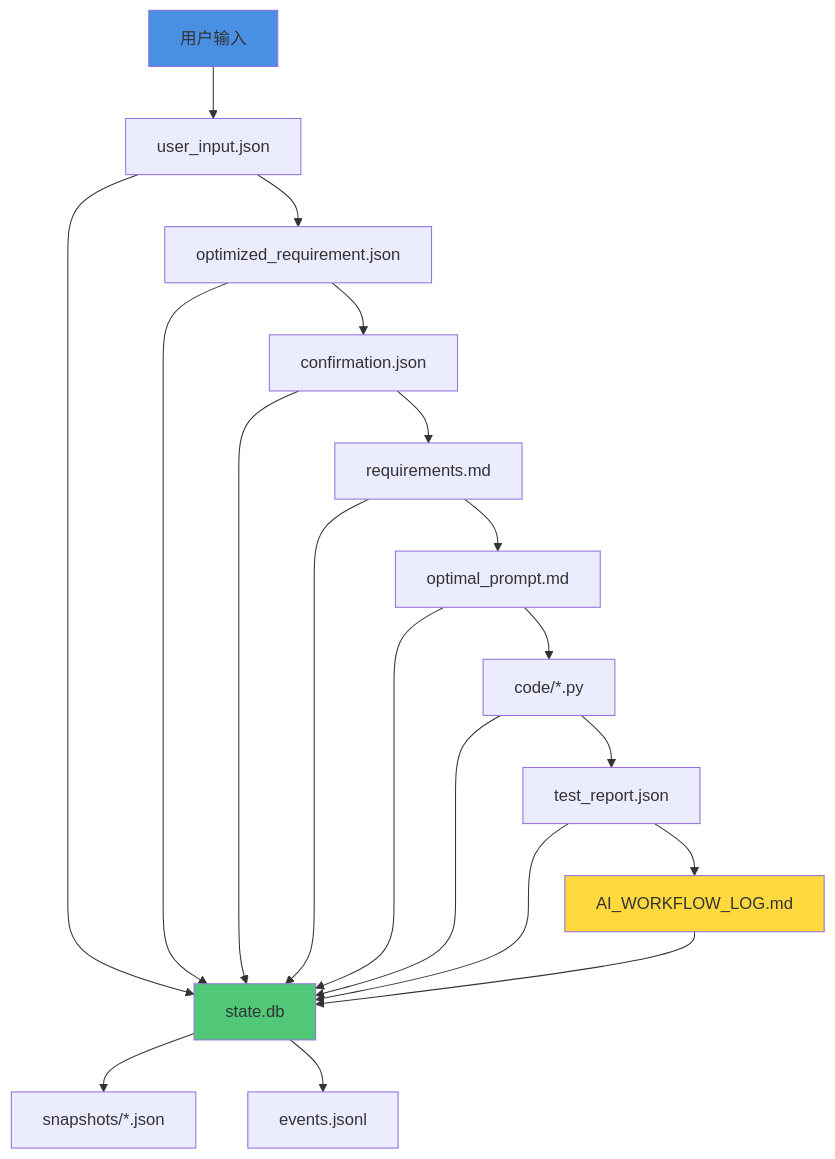
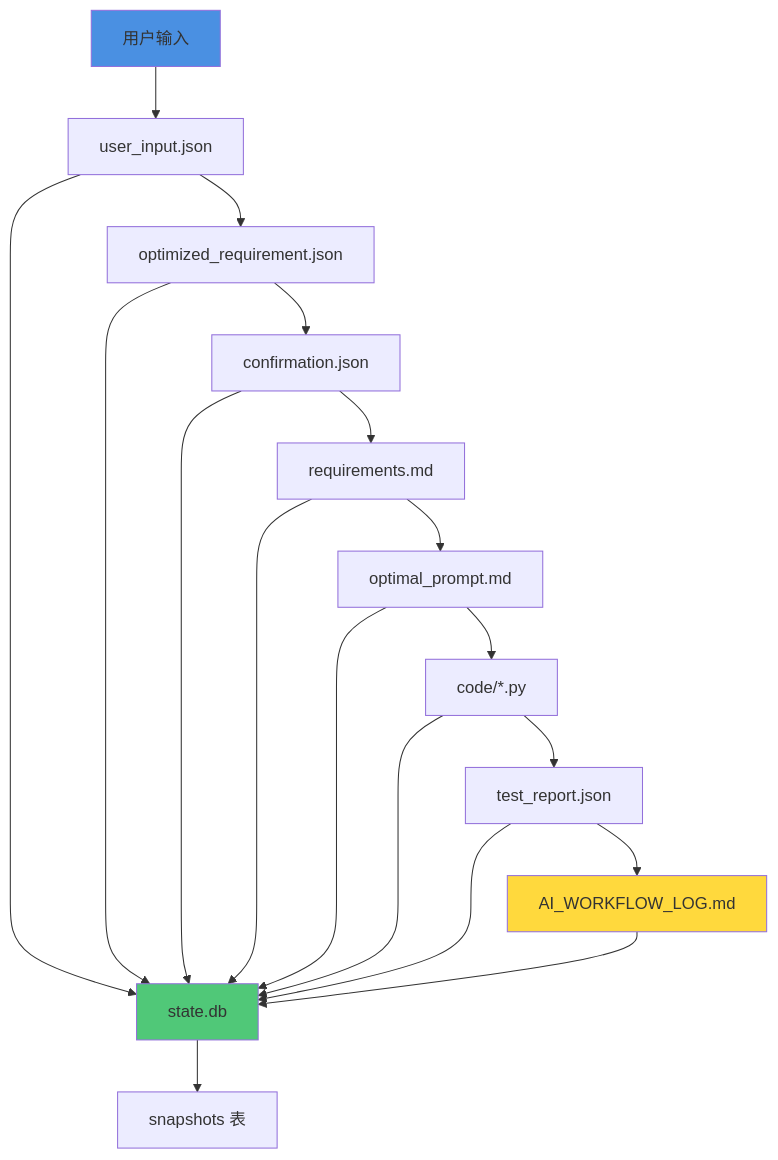
The fifth of 6 diagrams in docs/架构图.md (yfkzdk/aii-workflow), drawn with Mermaid before and after one commit. The commit also changed other lines of this file and 6 other files, not shown here.

````diff
--- a/docs/架构图.md
+++ b/docs/架构图.md
@@ -226,27 +151,26 @@
 ```mermaid
 graph TB
     Input[用户输入] --> UserInputJSON[user_input.json]
     UserInputJSON --> OptimizedReq[optimized_requirement.json]
     OptimizedReq --> Confirmation[confirmation.json]
     Confirmation --> Plan[requirements.md]
     Plan --> Prompt[optimal_prompt.md]
     Prompt --> Code[code/*.py]
     Code --> TestReport[test_report.json]
     TestReport --> Archive[AI_WORKFLOW_LOG.md]
 
     UserInputJSON --> StateDB[state.db]
     OptimizedReq --> StateDB
     Confirmation --> StateDB
     Plan --> StateDB
     Prompt --> StateDB
     Code --> StateDB
     TestReport --> StateDB
     Archive --> StateDB
 
-    StateDB --> Snapshots[snapshots/*.json]
-    StateDB --> Events[events.jsonl]
+    StateDB --> Snapshots[snapshots 表]
 
     style StateDB fill:#50C878
     style Input fill:#4A90E2
     style Archive fill:#FFD93D
 ```
````
